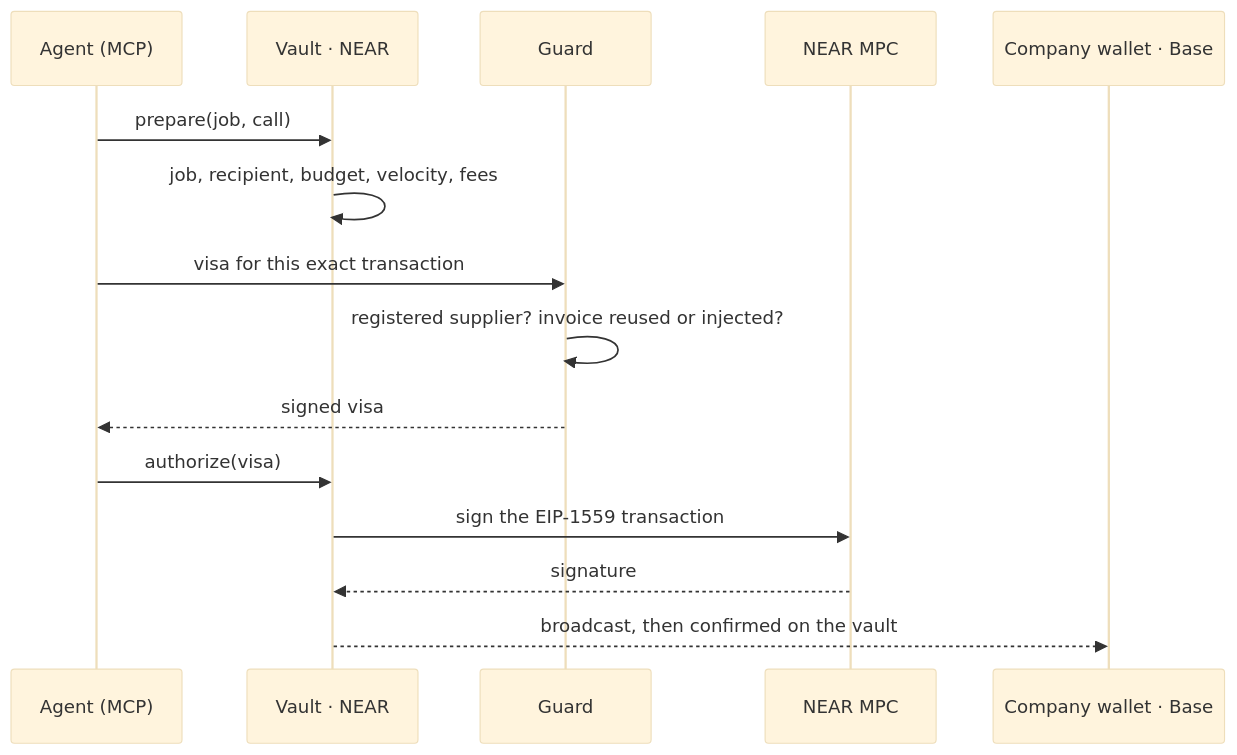
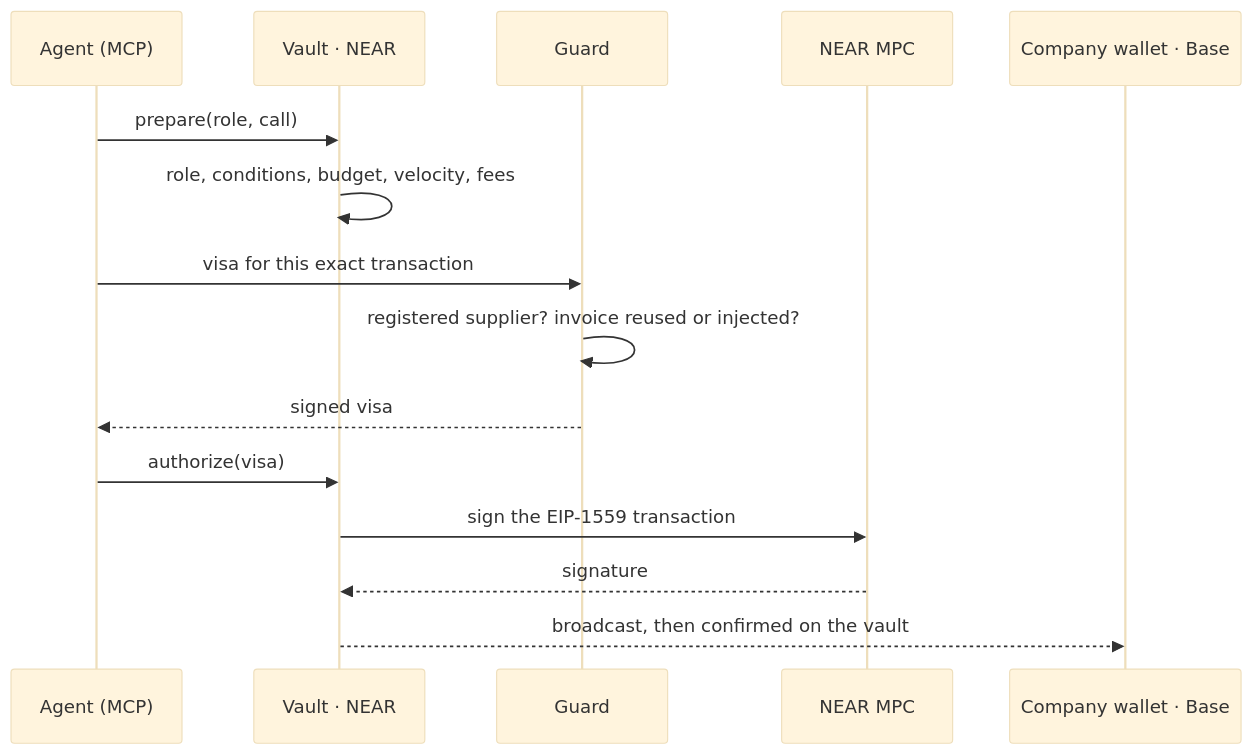
The third of 3 diagrams in README.md (Euthyna-wallets/Euthyna), drawn with Mermaid (base theme) before and after one commit. The commit also changed other lines of this file and 1 other file, not shown here.

First line of the commit message:
docs: README with product and technical architecture

````diff
--- a/README.md
+++ b/README.md
@@ -38,18 +109,18 @@
 ```mermaid
 sequenceDiagram
   participant A as Agent (MCP)
   participant V as Vault · NEAR
   participant G as Guard
   participant M as NEAR MPC
   participant B as Company wallet · Base
 
-  A->>V: prepare(job, call)
-  V->>V: job, recipient, budget, velocity, fees
+  A->>V: prepare(role, call)
+  V->>V: role, conditions, budget, velocity, fees
   A->>G: visa for this exact transaction
   G->>G: registered supplier? invoice reused or injected?
   G-->>A: signed visa
   A->>V: authorize(visa)
   V->>M: sign the EIP-1559 transaction
   M-->>V: signature
   V-->>B: broadcast, then confirmed on the vault
 ```
````
